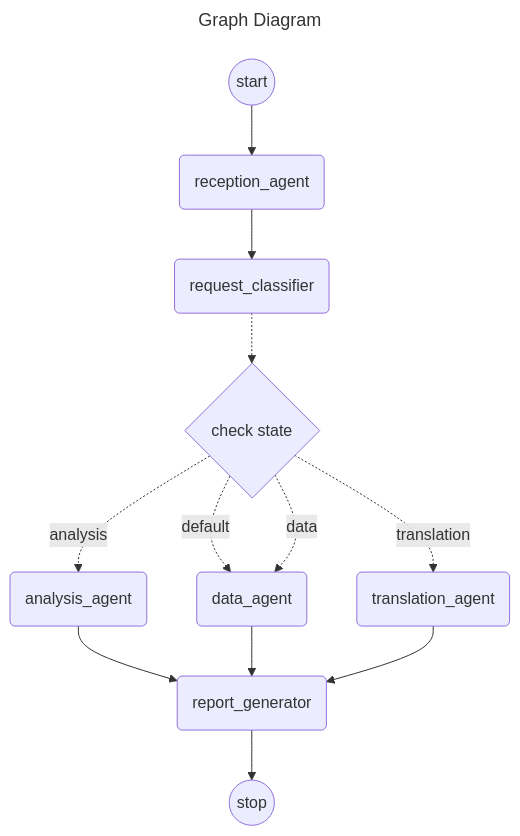
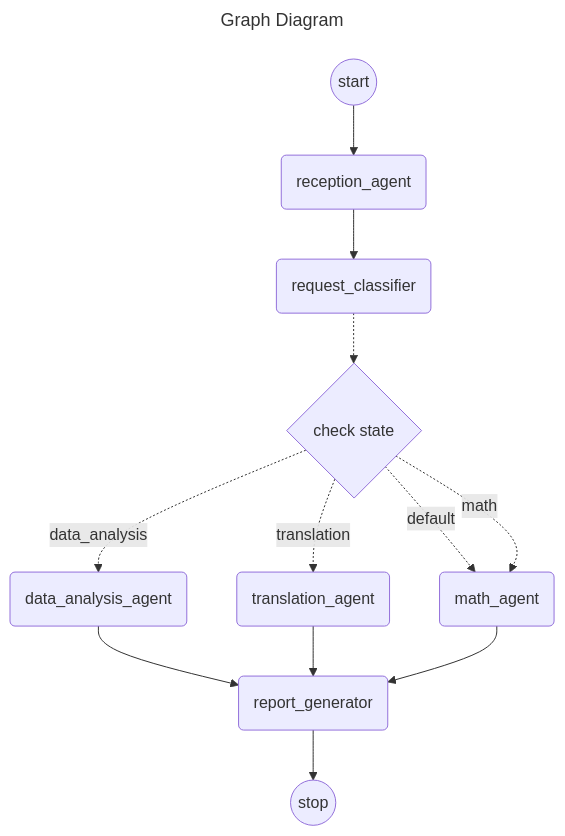
Before and after one commit to zhouyou9505/spring-ai-alibaba: the diagram in spring-ai-alibaba-graph/spring-ai-alibaba-graph-platform/src/main/java/com/alibaba/cloud/ai/controller/a.mermaid, drawn with Mermaid. The commit also changed 8 other files, not shown here.

Commit message:
feat jmanus graph

```diff
--- a/spring-ai-alibaba-graph/spring-ai-alibaba-graph-platform/src/main/java/com/alibaba/cloud/ai/controller/a.mermaid
+++ b/spring-ai-alibaba-graph/spring-ai-alibaba-graph-platform/src/main/java/com/alibaba/cloud/ai/controller/a.mermaid
@@ -1,31 +1,31 @@
 ---
 title: Graph Diagram
 ---
 flowchart TD
     __START__((start))
     __END__((stop))
     reception_agent("reception_agent")
     request_classifier("request_classifier")
-    data_agent("data_agent")
+    math_agent("math_agent")
     translation_agent("translation_agent")
-    analysis_agent("analysis_agent")
+    data_analysis_agent("data_analysis_agent")
     report_generator("report_generator")
     condition1{"check state"}
     __START__:::__START__ --> reception_agent:::reception_agent
-    analysis_agent:::analysis_agent --> report_generator:::report_generator
-    data_agent:::data_agent --> report_generator:::report_generator
+    data_analysis_agent:::data_analysis_agent --> report_generator:::report_generator
     reception_agent:::reception_agent --> request_classifier:::request_classifier
     translation_agent:::translation_agent --> report_generator:::report_generator
+    math_agent:::math_agent --> report_generator:::report_generator
     request_classifier:::request_classifier -.-> condition1:::condition1
-    condition1:::condition1 -.->|default| data_agent:::data_agent
-%%	request_classifier:::request_classifier -.->|default| data_agent:::data_agent
-    condition1:::condition1 -.->|data| data_agent:::data_agent
-%%	request_classifier:::request_classifier -.->|data| data_agent:::data_agent
+    condition1:::condition1 -.->|default| math_agent:::math_agent
+%%	request_classifier:::request_classifier -.->|default| math_agent:::math_agent
     condition1:::condition1 -.->|translation| translation_agent:::translation_agent
 %%	request_classifier:::request_classifier -.->|translation| translation_agent:::translation_agent
-    condition1:::condition1 -.->|analysis| analysis_agent:::analysis_agent
-%%	request_classifier:::request_classifier -.->|analysis| analysis_agent:::analysis_agent
+    condition1:::condition1 -.->|data_analysis| data_analysis_agent:::data_analysis_agent
+%%	request_classifier:::request_classifier -.->|data_analysis| data_analysis_agent:::data_analysis_agent
+    condition1:::condition1 -.->|math| math_agent:::math_agent
+%%	request_classifier:::request_classifier -.->|math| math_agent:::math_agent
     report_generator:::report_generator --> __END__:::__END__
 
     classDef ___START__ fill:black,stroke-width:1px,font-size:xx-small;
     classDef ___END__ fill:black,stroke-width:1px,font-size:xx-small;
```
